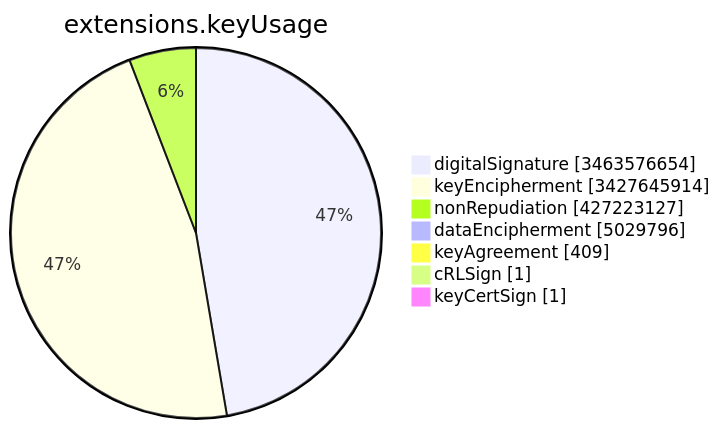
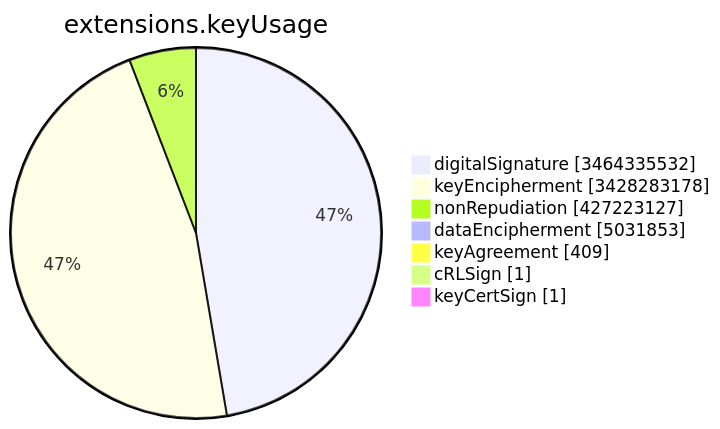
One commit to christiankrug/ctmonitor_visualization changed the sixth of 15 diagrams in TOTAL/README.md. Above: the diagram before and after it, drawn with Mermaid. The commit also changed other lines of this file, not shown here.

````diff
--- a/TOTAL/README.md
+++ b/TOTAL/README.md
@@ -3082,11 +3082,11 @@
 ```mermaid
 pie showData
 title extensions.keyUsage
-"digitalSignature" :3463576654
-"keyEncipherment" :3427645914
+"digitalSignature" :3464335532
+"keyEncipherment" :3428283178
 "nonRepudiation" :427223127
-"dataEncipherment" :5029796
+"dataEncipherment" :5031853
 "keyAgreement" :409
 "cRLSign" :1
 "keyCertSign" :1
 ```
````
